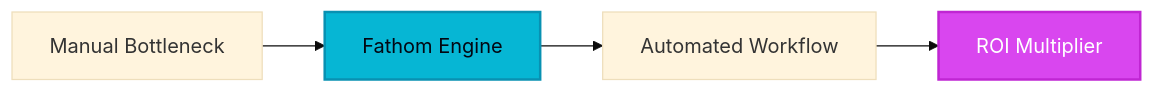
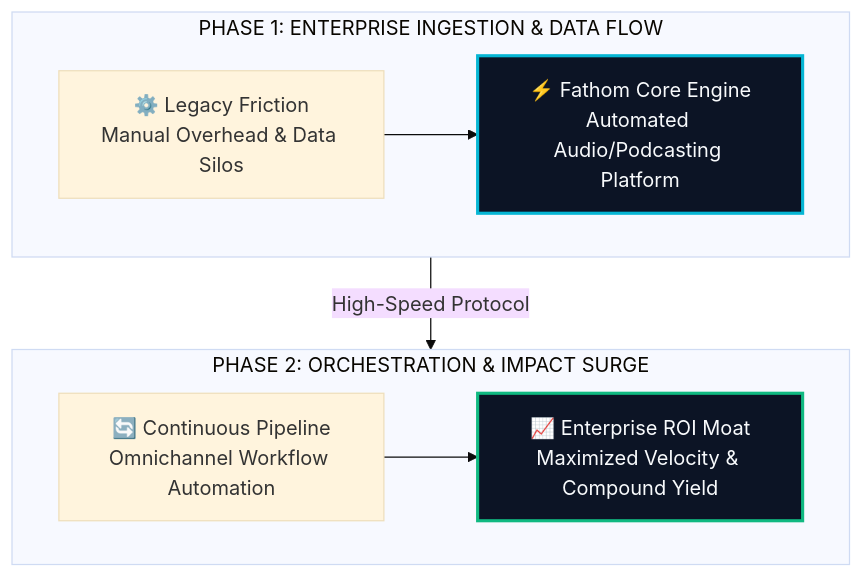
The diagram in site/src/content/blog/fathom-evolution-guide-2026.md (heliatech-media/saas-radar), drawn with Mermaid (base theme) before and after one commit. The commit also changed 97 other files, not shown here.

First line of the commit message:
feat(diagrams): upgrade all article architecture schemas to high-impact 2-tier responsive vector blueprints

````diff
--- a/site/src/content/blog/fathom-evolution-guide-2026.md
+++ b/site/src/content/blog/fathom-evolution-guide-2026.md
@@ -51,8 +51,14 @@
 ```mermaid
-flowchart LR
-    A[Manual Bottleneck] --> B[Fathom Engine]
-    B --> C[Automated Workflow]
-    C --> D[ROI Multiplier]
-    style B fill:#06b6d4,stroke:#0891b2,stroke-width:2px,color:#030712
-    style D fill:#d946ef,stroke:#c026d3,stroke-width:2px,color:#ffffff
+flowchart TD
+    subgraph S1["PHASE 1: ENTERPRISE INGESTION & DATA FLOW"]
+        direction LR
+        A["⚙️ Legacy Friction<br/>Manual Overhead & Data Silos"] --> B["⚡ Fathom Core Engine<br/>Automated Audio/Podcasting Platform"]
+    end
+    subgraph S2["PHASE 2: ORCHESTRATION & IMPACT SURGE"]
+        direction LR
+        C["🔄 Continuous Pipeline<br/>Omnichannel Workflow Automation"] --> D["📈 Enterprise ROI Moat<br/>Maximized Velocity & Compound Yield"]
+    end
+    S1 -->|High-Speed Protocol| S2
+    style B fill:#0c1425,stroke:#06b6d4,stroke-width:2.5px,color:#f8fafc
+    style D fill:#0c1425,stroke:#10b981,stroke-width:2.5px,color:#f8fafc
 ```
````
